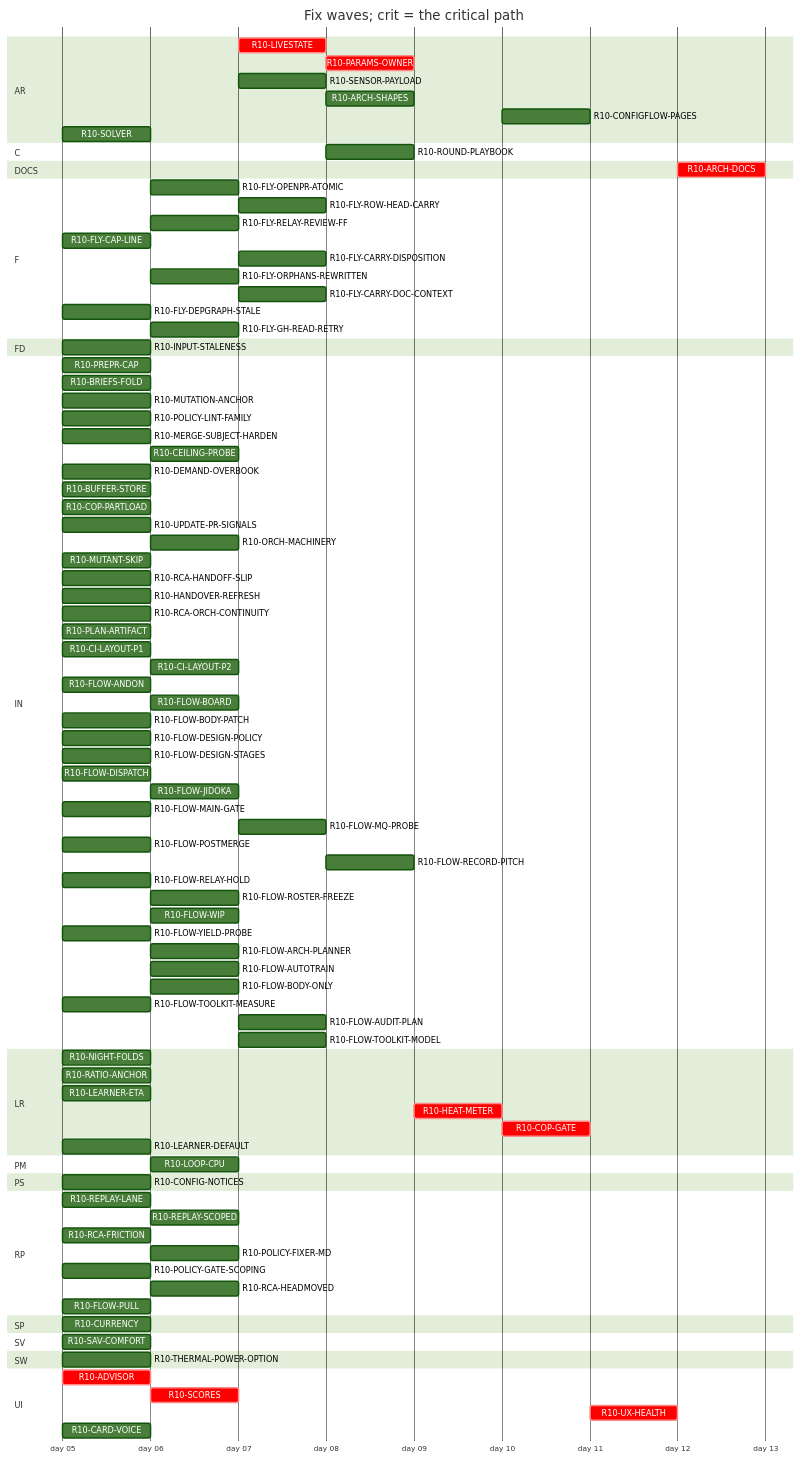
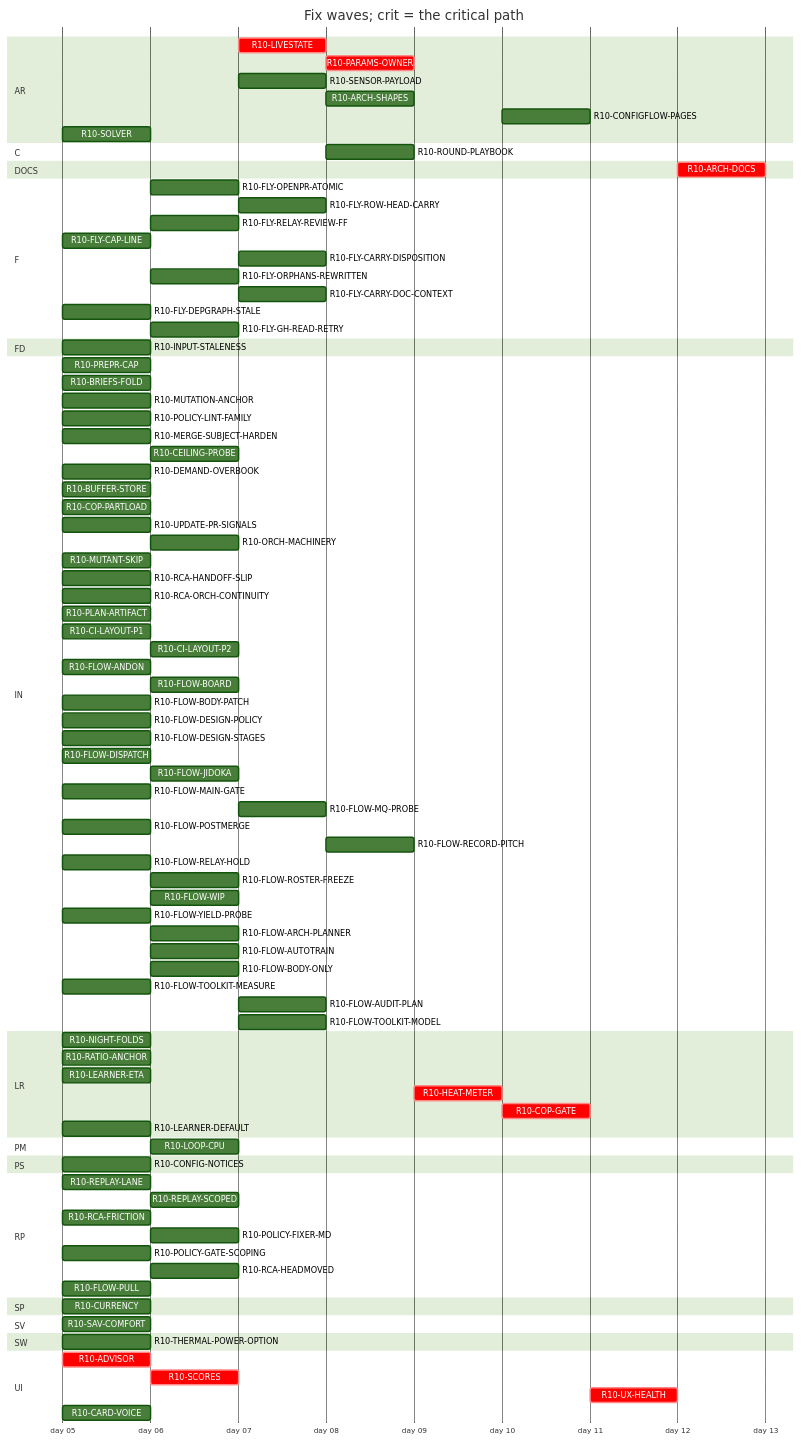
One commit to tvofi/heatpump_optimizer changed the diagram in handoff/round10/state/PLAN-TABLE.md. Above: the diagram before and after it, drawn with Mermaid (forest theme). The commit also changed other lines of this file and 2 other files, not shown here.

```diff
--- a/handoff/round10/state/PLAN-TABLE.md
+++ b/handoff/round10/state/PLAN-TABLE.md
@@ -37,7 +37,7 @@
     R10-CONFIGFLOW-PAGES :r10CONFIGFLOWPAGES, after r10HEATMETER, 1d
     R10-SOLVER :r10SOLVER, 2026-01-05, 1d
   section C
-    R10-ROUND-PLAYBOOK :r10ROUNDPLAYBOOK, after r10FLOWARCHPLANNER r10FLOWAUDITPLAN r10ORCHMACHINERY r10HANDOVERREFRESH r10FLOWAUTOTRAIN r10FLOWMAINGATE r10FLOWDISPATCH r10CILAYOUTP2, 1d
+    R10-ROUND-PLAYBOOK :r10ROUNDPLAYBOOK, after r10FLOWARCHPLANNER r10FLOWAUDITPLAN r10ORCHMACHINERY r10FLOWAUTOTRAIN r10FLOWMAINGATE r10FLOWDISPATCH r10CILAYOUTP2, 1d
   section DOCS
     R10-ARCH-DOCS :crit, r10ARCHDOCS, after r10NIGHTFOLDS r10RATIOANCHOR r10INPUTSTALENESS r10CURRENCY r10LOOPCPU r10ADVISOR r10SCORES r10LIVESTATE r10CONFIGNOTICES r10PARAMSOWNER r10SENSORPAYLOAD r10ARCHSHAPES r10LEARNERETA r10HEATMETER r10COPGATE r10UXHEALTH r10CONFIGFLOWPAGES r10SOLVER r10BRIEFSFOLD r10REPLAYLANE r10REPLAYSCOPED, 1d
   section F
@@ -66,7 +66,6 @@
     R10-ORCH-MACHINERY :r10ORCHMACHINERY, after r10FLOWMAINGATE r10CILAYOUTP1, 1d
     R10-MUTANT-SKIP :r10MUTANTSKIP, 2026-01-05, 1d
     R10-RCA-HANDOFF-SLIP :r10RCAHANDOFFSLIP, 2026-01-05, 1d
-    R10-HANDOVER-REFRESH :r10HANDOVERREFRESH, 2026-01-05, 1d
     R10-RCA-ORCH-CONTINUITY :r10RCAORCHCONTINUITY, 2026-01-05, 1d
     R10-PLAN-ARTIFACT :r10PLANARTIFACT, 2026-01-05, 1d
     R10-CI-LAYOUT-P1 :r10CILAYOUTP1, 2026-01-05, 1d
```
